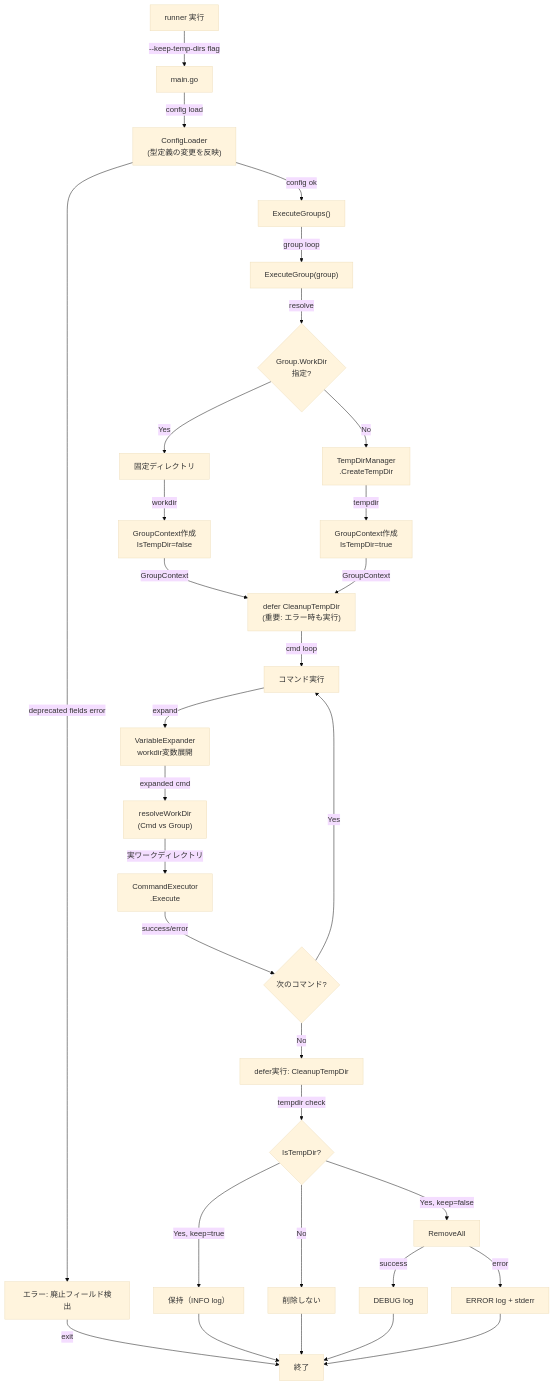
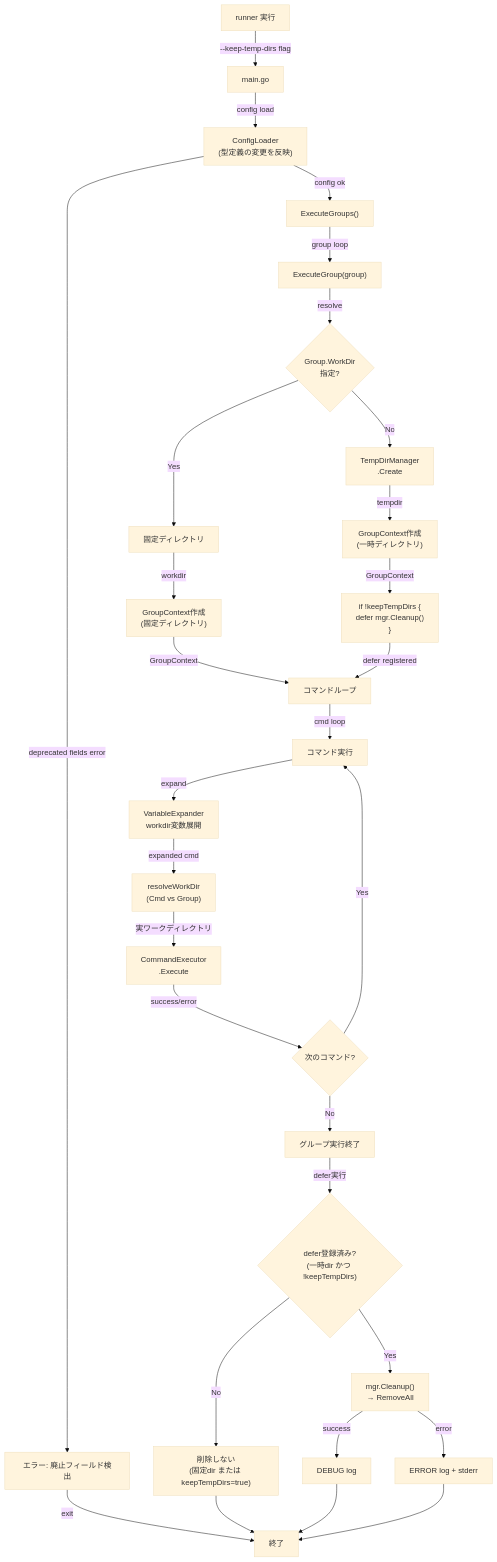
One commit to isseis/go-safe-cmd-runner changed diagram 11 of 11 in docs/tasks/0034_workdir_redesign/02_architecture.md. Above: the diagram before and after it, drawn with Mermaid (base theme). The commit also changed other lines of this file and 1 other file, not shown here.

First line of the commit message:
Update TempDirManager API and document conditional cleanup behavior

````diff
--- a/docs/tasks/0034_workdir_redesign/02_architecture.md
+++ b/docs/tasks/0034_workdir_redesign/02_architecture.md
@@ -735,50 +740,49 @@
 ```mermaid
 flowchart TD
     Start["runner 実行"] -->|--keep-temp-dirs flag| Main["main.go"]
 
     Main -->|config load| ConfigLoader["ConfigLoader<br/>(型定義の変更を反映)"]
     ConfigLoader -->|deprecated fields error| Error1["エラー: 廃止フィールド検出"]
     ConfigLoader -->|config ok| ExecuteGroups
 
     ExecuteGroups["ExecuteGroups()"]
 
     ExecuteGroups -->|group loop| ExecuteGroup["ExecuteGroup(group)"]
 
     ExecuteGroup -->|resolve| ResolveWorkDir
     ResolveWorkDir{"Group.WorkDir<br/>指定?"}
     ResolveWorkDir -->|Yes| UseGroupWD["固定ディレクトリ"]
-    ResolveWorkDir -->|No| CreateTempDir["TempDirManager<br/>.CreateTempDir"]
+    ResolveWorkDir -->|No| CreateTempDir["TempDirManager<br/>.Create"]
 
-    UseGroupWD -->|workdir| CreateGroupCtx["GroupContext作成<br/>IsTempDir=false"]
-    CreateTempDir -->|tempdir| CreateGroupCtx2["GroupContext作成<br/>IsTempDir=true"]
+    UseGroupWD -->|workdir| CreateGroupCtx["GroupContext作成<br/>(固定ディレクトリ)"]
+    CreateTempDir -->|tempdir| CreateGroupCtx2["GroupContext作成<br/>(一時ディレクトリ)"]
 
-    CreateGroupCtx -->|GroupContext| RegisterDefer
+    CreateGroupCtx -->|GroupContext| CmdLoop["コマンドループ"]
     CreateGroupCtx2 -->|GroupContext| RegisterDefer
 
-    RegisterDefer["defer CleanupTempDir<br/>(重要: エラー時も実行)"]
+    RegisterDefer["if !keepTempDirs {<br/>  defer mgr.Cleanup()<br/>}"]
+    RegisterDefer -->|defer registered| CmdLoop
 
-    RegisterDefer -->|cmd loop| ExecuteCmd["コマンド実行"]
+    CmdLoop -->|cmd loop| ExecuteCmd["コマンド実行"]
 
     ExecuteCmd -->|expand| VariableExpander["VariableExpander<br/>workdir変数展開"]
     VariableExpander -->|expanded cmd| ResolveCmd["resolveWorkDir<br/>(Cmd vs Group)"]
     ResolveCmd -->|実ワークディレクトリ| CommandExecutor["CommandExecutor<br/>.Execute"]
 
     CommandExecutor -->|success/error| NextCmd{次のコマンド?}
     NextCmd -->|Yes| ExecuteCmd
-    NextCmd -->|No| DeferRun
+    NextCmd -->|No| GroupEnd["グループ実行終了"]
 
     Error1 -->|exit| End["終了"]
-    DeferRun["defer実行: CleanupTempDir"]
-    DeferRun -->|tempdir check| DeleteCheck{IsTempDir?}
-    DeleteCheck -->|Yes, keep=false| Delete["RemoveAll"]
-    DeleteCheck -->|Yes, keep=true| Keep["保持（INFO log）"]
-    DeleteCheck -->|No| NoDelete["削除しない"]
+
+    GroupEnd -->|defer実行| DeferCheck{"defer登録済み?<br/>(一時dir かつ !keepTempDirs)"}
+    DeferCheck -->|Yes| Delete["mgr.Cleanup()<br/>→ RemoveAll"]
+    DeferCheck -->|No| NoDelete["削除しない<br/>(固定dir または keepTempDirs=true)"]
 
     Delete -->|success| DeleteOK["DEBUG log"]
     Delete -->|error| DeleteErr["ERROR log + stderr"]
 
-    Keep --> End
     NoDelete --> End
     DeleteOK --> End
     DeleteErr --> End
 ```
````
